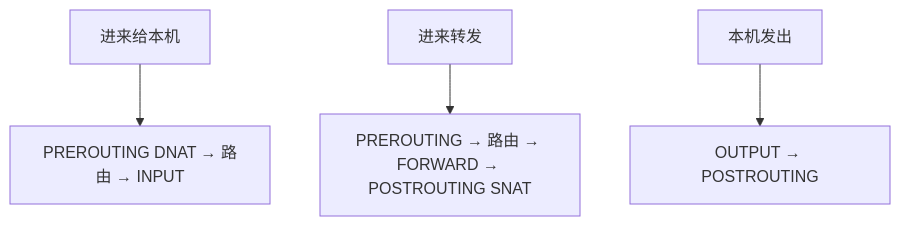
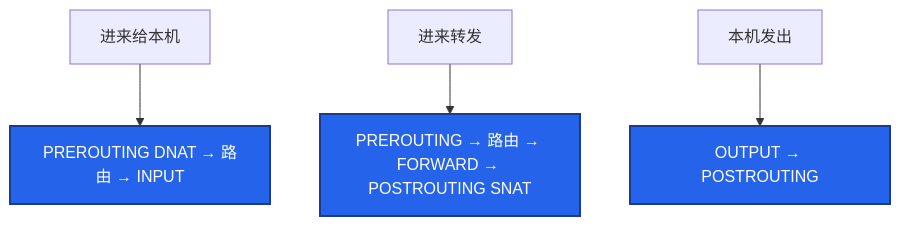
Before and after one commit to ml-cuizijun/LearnToLilith: the diagram in 02-基础底座/15-iptables与conntrack/练习题.md, drawn with Mermaid. The commit also changed other lines of this file and 213 other files, not shown here.

````diff
--- a/02-基础底座/15-iptables与conntrack/练习题.md
+++ b/02-基础底座/15-iptables与conntrack/练习题.md
@@ -42,6 +46,9 @@
 ```mermaid
 flowchart TB
     A[进来给本机] --> B[PREROUTING DNAT → 路由 → INPUT]
     C[进来转发] --> D[PREROUTING → 路由 → FORWARD → POSTROUTING SNAT]
     E[本机发出] --> F[OUTPUT → POSTROUTING]
+
+    classDef lvs fill:#2563EB,stroke:#1E3A8A,stroke-width:2px,color:#fff
+    class B,D,F lvs
 ```
````
